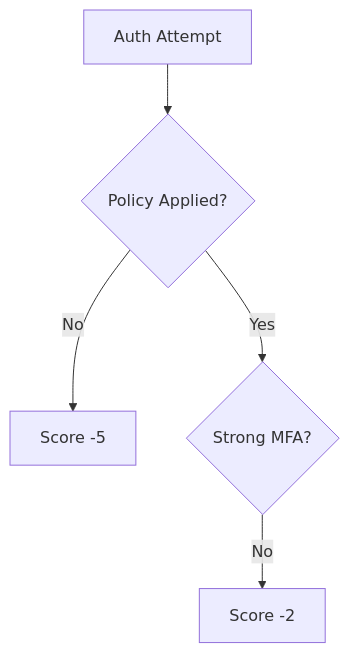
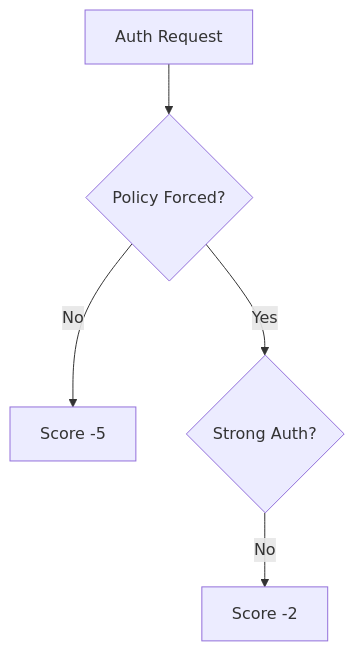
Diagram 12 of 30 in README.md (Devopstrio/identity-security-scorecard), drawn with Mermaid before and after one commit. The commit also changed other lines of this file, not shown here.

Commit message:
docs: finalize premium institutional-grade README with 30+ diagrams and executive summary

````diff
--- a/README.md
+++ b/README.md
@@ -199,7 +198,7 @@
 ```mermaid
 graph TD
-    Auth[Auth Attempt] --> Pol{Policy Applied?}
+    Auth[Auth Request] --> Pol{Policy Forced?}
     Pol -- No --> Deduction[Score -5]
-    Pol -- Yes --> Strength{Strong MFA?}
+    Pol -- Yes --> Strength{Strong Auth?}
     Strength -- No --> Deduction2[Score -2]
 ```
````
